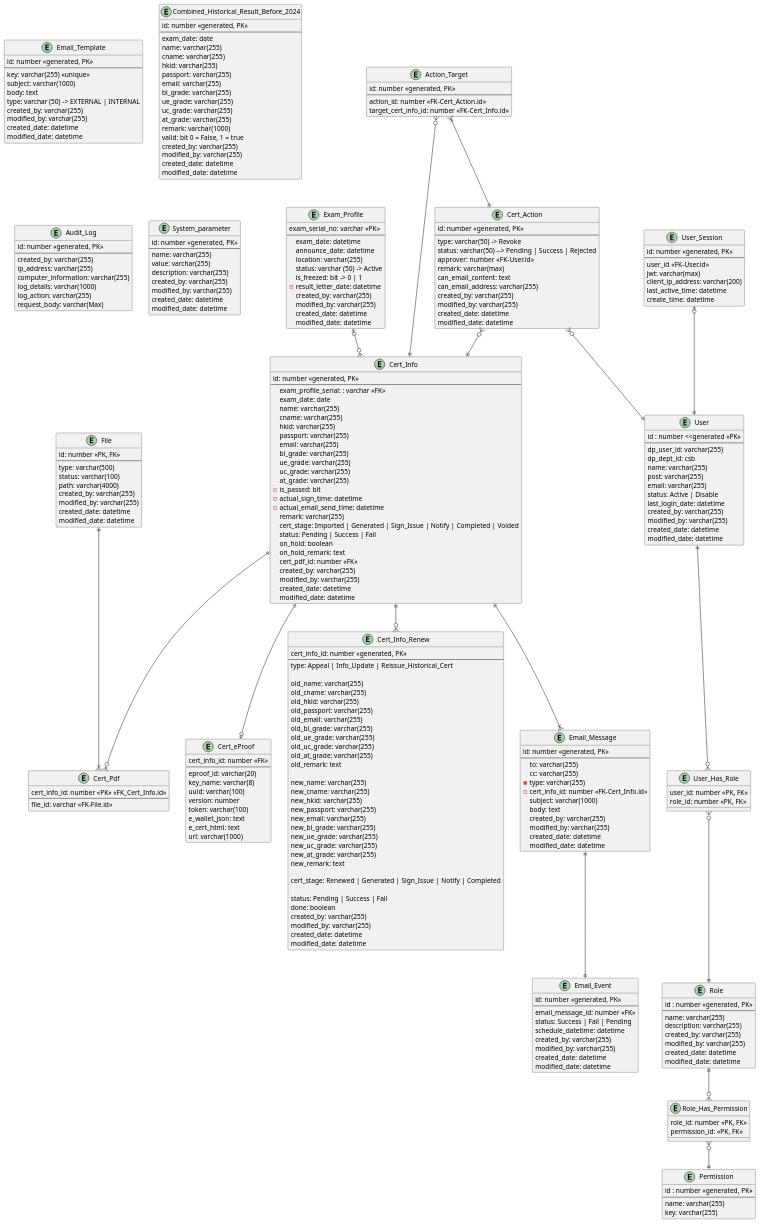
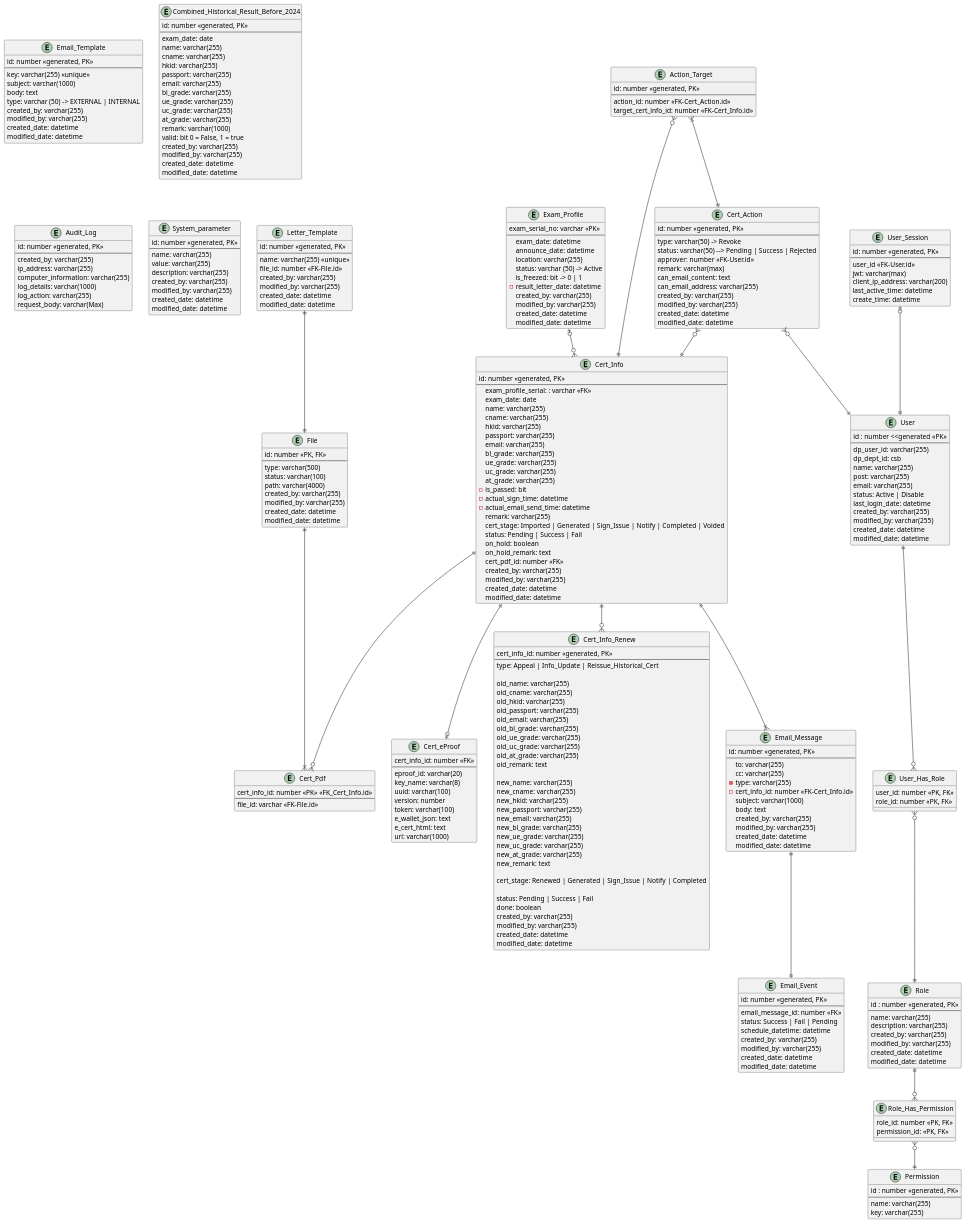
One commit to igsl-group/csb_eproof changed the diagram in er-diagram.puml. Above: the diagram before and after it, drawn with PlantUML. The commit also changed 32 other files, not shown here.

```diff
--- a/er-diagram.puml
+++ b/er-diagram.puml
@@ -69,6 +69,17 @@
   subject: varchar(1000)
   body: text
   type: varchar (50) -> EXTERNAL | INTERNAL
+  created_by: varchar(255)
+  modified_by: varchar(255)
+  created_date: datetime
+  modified_date: datetime
+}
+
+entity "Letter_Template" as letter_template {
+  id: number <<generated, PK>>
+  --
+  name: varchar(255) <<unique>>
+  file_id: number <<FK-File.id>>
   created_by: varchar(255)
   modified_by: varchar(255)
   created_date: datetime
@@ -299,5 +310,7 @@
 cert_info ||--o{ cert_pdf
 file ||--|{ cert_pdf
 
+letter_template ||--|| file
+
 
 @enduml
```
